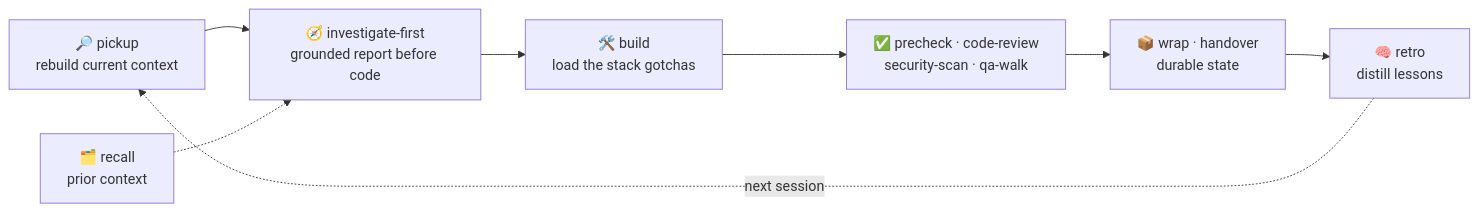
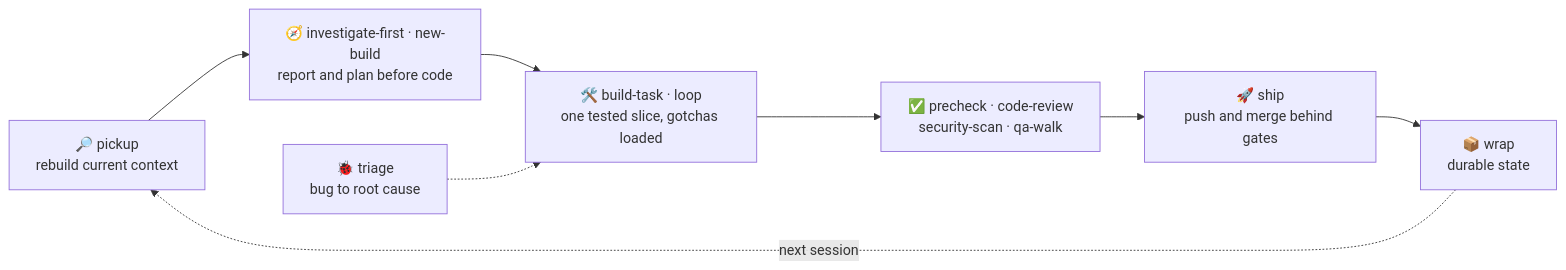
One commit to 22atlas-Studio/coding-agent-skills changed the second of 4 diagrams in README.md. Above: the diagram before and after it, drawn with Mermaid. The commit also changed other lines of this file and 36 other files, not shown here.

````diff
--- a/README.md
+++ b/README.md
@@ -96,10 +97,10 @@
 ```mermaid
 flowchart LR
-    P["🔎 pickup<br/>rebuild current context"] --> I["🧭 investigate-first<br/>grounded report before code"]
-    I --> B["🛠️ build<br/>load the stack gotchas"]
+    P["🔎 pickup<br/>rebuild current context"] --> I["🧭 investigate-first · new-build<br/>report and plan before code"]
+    I --> B["🛠️ build-task · loop<br/>one tested slice, gotchas loaded"]
     B --> R["✅ precheck · code-review<br/>security-scan · qa-walk"]
-    R --> W["📦 wrap · handover<br/>durable state"]
-    W --> T["🧠 retro<br/>distill lessons"]
-    T -. "next session" .-> P
-    RC["🗂️ recall<br/>prior context"] -.-> I
+    R --> S["🚀 ship<br/>push and merge behind gates"]
+    S --> W["📦 wrap<br/>durable state"]
+    W -. "next session" .-> P
+    TR["🐞 triage<br/>bug to root cause"] -.-> B
 ```
````
